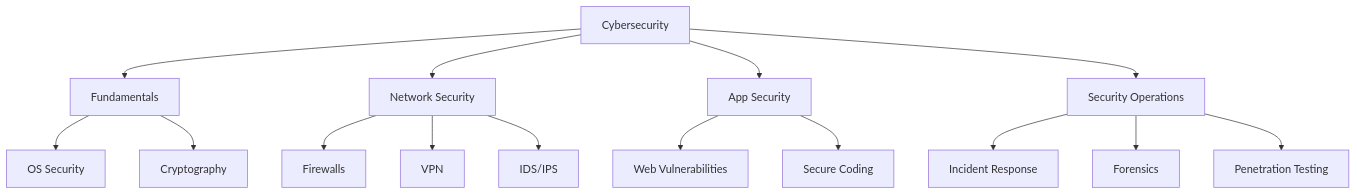
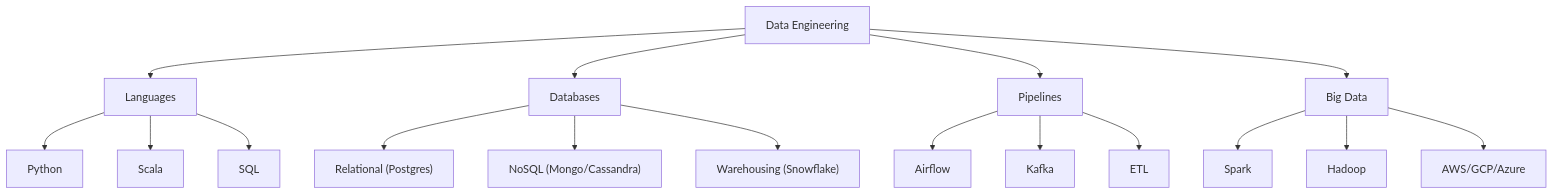
Before and after one commit to YoussefAshraf711/computer-science: the diagram in data-engineering/README.md, drawn with Mermaid. The commit also changed other lines of this file and 1 other file, not shown here.

````diff
--- a/data-engineering/README.md
+++ b/data-engineering/README.md
@@ -9,21 +9,23 @@
 ```mermaid
 graph TD
-    Sec[Cybersecurity] --> Fund[Fundamentals]
-    Sec --> NetSec[Network Security]
-    Sec --> AppSec[App Security]
-    Sec --> Ops[Security Operations]
+    DE[Data Engineering] --> Lang[Languages]
+    DE --> DB[Databases]
+    DE --> Pipe[Pipelines]
+    DE --> Big[Big Data]
 
-    Fund --> OS[OS Security]
-    Fund --> Crypto[Cryptography]
+    Lang --> Py[Python]
+    Lang --> Scala
+    Lang --> SQL
 
-    NetSec --> Fire[Firewalls]
-    NetSec --> VPN
-    NetSec --> IDS[IDS/IPS]
+    DB --> Rel["Relational (Postgres)"]
+    DB --> NoSQL["NoSQL (Mongo/Cassandra)"]
+    DB --> WH["Warehousing (Snowflake)"]
 
-    AppSec --> Web[Web Vulnerabilities]
-    AppSec --> Code[Secure Coding]
+    Pipe --> Air[Airflow]
+    Pipe --> Kafka
+    Pipe --> ETL
 
-    Ops --> Inc[Incident Response]
-    Ops --> Foren[Forensics]
-    Ops --> Pen[Penetration Testing]
+    Big --> Spark
+    Big --> Hadoop
+    Big --> Cloud[AWS/GCP/Azure]
 ```
````
